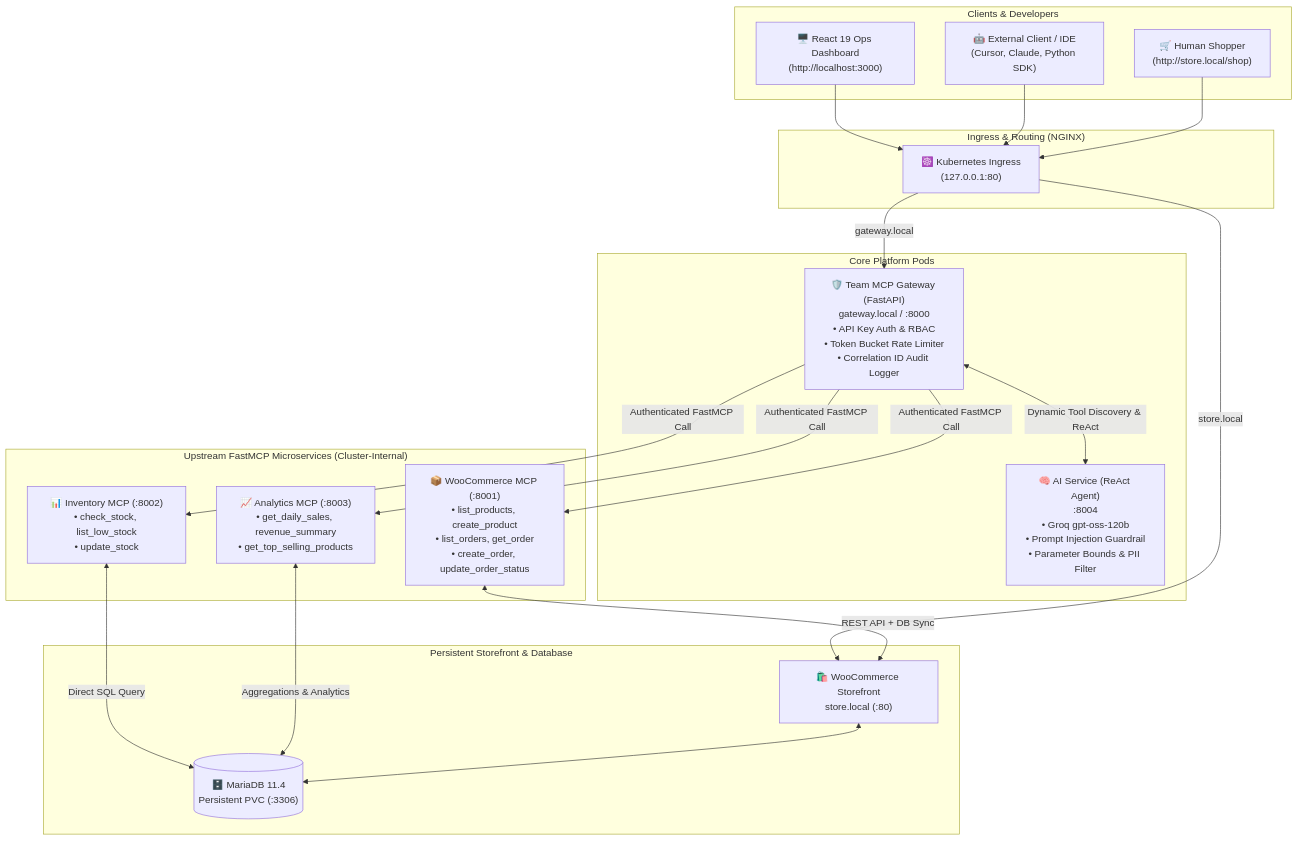
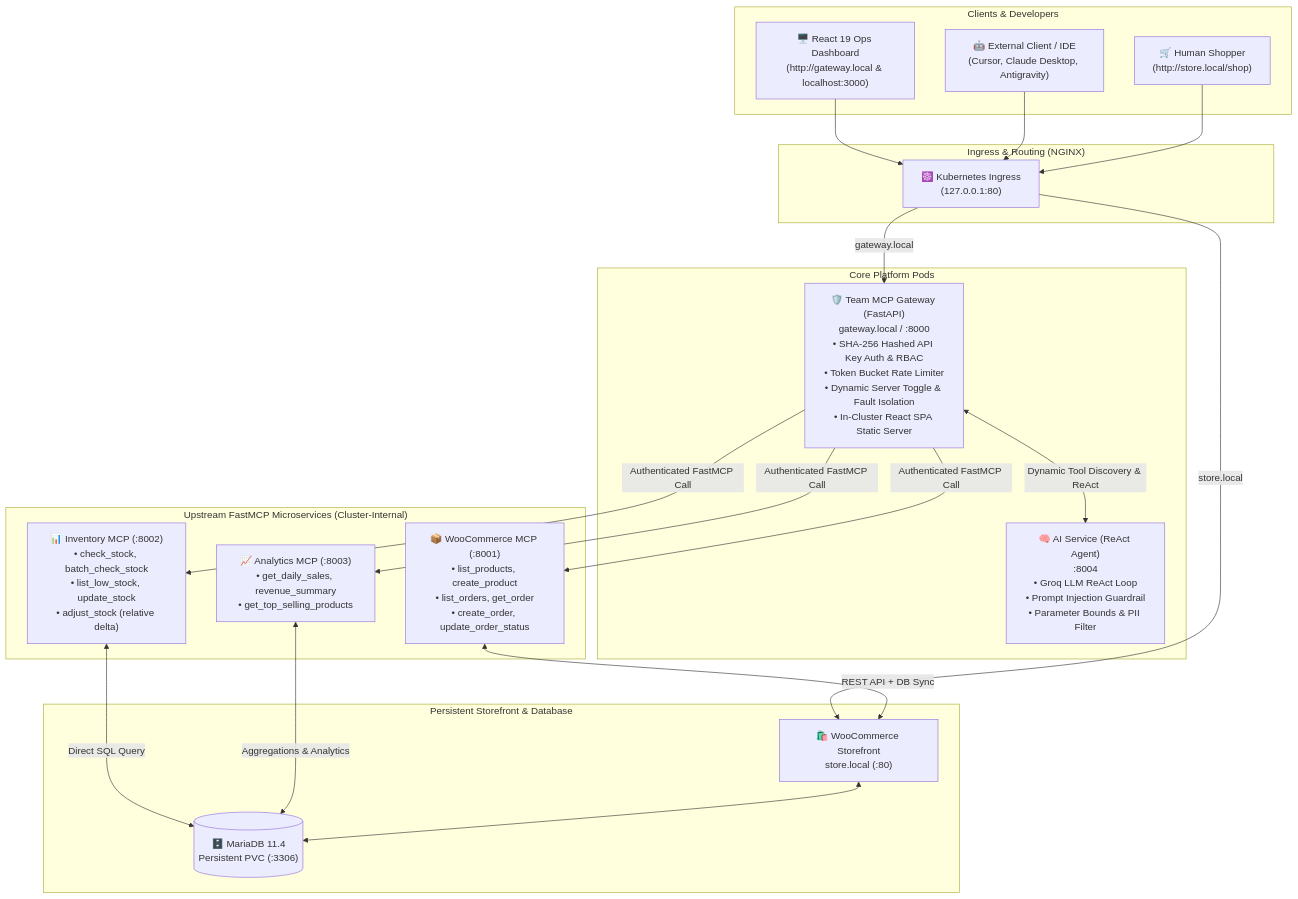
One commit to hiensenberg05/urumi changed the diagram in README.md. Above: the diagram before and after it, drawn with Mermaid. The commit also changed other lines of this file, not shown here.

Commit message:
docs: update README with in-cluster URLs, 14-tool RBAC matrix, SHA-256 key hashing and 23-point security scanner

````diff
--- a/README.md
+++ b/README.md
@@ -15,45 +26,45 @@
 ```mermaid
 flowchart TD
     subgraph Clients["Clients & Developers"]
-        UI["🖥️ React 19 Ops Dashboard<br/>(http://localhost:3000)"]
-        ExtClient["🤖 External Client / IDE<br/>(Cursor, Claude, Python SDK)"]
+        UI["🖥️ React 19 Ops Dashboard<br/>(http://gateway.local & localhost:3000)"]
+        ExtClient["🤖 External Client / IDE<br/>(Cursor, Claude Desktop, Antigravity)"]
         Shopper["🛒 Human Shopper<br/>(http://store.local/shop)"]
     end
 
     subgraph IngressLayer["Ingress & Routing (NGINX)"]
         Ingress["☸️ Kubernetes Ingress<br/>(127.0.0.1:80)"]
     end
 
     subgraph CorePlatform["Core Platform Pods"]
-        GW["🛡️ Team MCP Gateway (FastAPI)<br/>gateway.local / :8000<br/>• API Key Auth & RBAC<br/>• Token Bucket Rate Limiter<br/>• Correlation ID Audit Logger"]
-        AI["🧠 AI Service (ReAct Agent)<br/>:8004<br/>• Groq gpt-oss-120b<br/>• Prompt Injection Guardrail<br/>• Parameter Bounds & PII Filter"]
+        GW["🛡️ Team MCP Gateway (FastAPI)<br/>gateway.local / :8000<br/>• SHA-256 Hashed API Key Auth & RBAC<br/>• Token Bucket Rate Limiter<br/>• Dynamic Server Toggle & Fault Isolation<br/>• In-Cluster React SPA Static Server"]
+        AI["🧠 AI Service (ReAct Agent)<br/>:8004<br/>• Groq LLM ReAct Loop<br/>• Prompt Injection Guardrail<br/>• Parameter Bounds & PII Filter"]
     end
 
     subgraph UpstreamMCP["Upstream FastMCP Microservices (Cluster-Internal)"]
         WCMCP["📦 WooCommerce MCP (:8001)<br/>• list_products, create_product<br/>• list_orders, get_order<br/>• create_order, update_order_status"]
-        INVMCP["📊 Inventory MCP (:8002)<br/>• check_stock, list_low_stock<br/>• update_stock"]
+        INVMCP["📊 Inventory MCP (:8002)<br/>• check_stock, batch_check_stock<br/>• list_low_stock, update_stock<br/>• adjust_stock (relative delta)"]
         ANAMCP["📈 Analytics MCP (:8003)<br/>• get_daily_sales, revenue_summary<br/>• get_top_selling_products"]
     end
 
     subgraph DataStorefront["Persistent Storefront & Database"]
         WP["🛍️ WooCommerce Storefront<br/>store.local (:80)"]
         DB[("🗄️ MariaDB 11.4<br/>Persistent PVC (:3306)")]
     end
 
     UI --> Ingress
     ExtClient --> Ingress
     Shopper --> Ingress
 
     Ingress -->|gateway.local| GW
     Ingress -->|store.local| WP
     
     GW <-->|Dynamic Tool Discovery & ReAct| AI
     GW -->|Authenticated FastMCP Call| WCMCP
     GW -->|Authenticated FastMCP Call| INVMCP
     GW -->|Authenticated FastMCP Call| ANAMCP
 
     WCMCP <-->|REST API + DB Sync| WP
     INVMCP <-->|Direct SQL Query| DB
     ANAMCP <-->|Aggregations & Analytics| DB
     WP <--> DB
 ```
````
